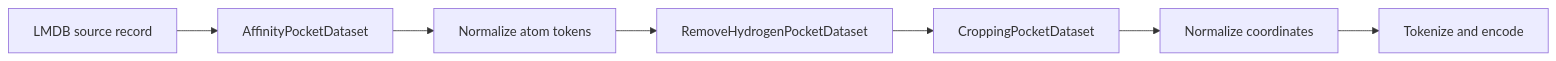
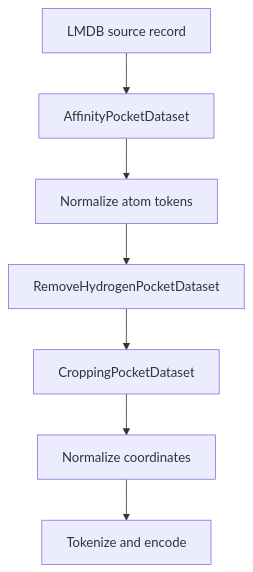
Before and after one commit to fnaufel/candidate_pockets_PDBBind: the first of 4 diagrams in drugclip_combine_set_library.qmd, drawn with Mermaid. The commit also changed other lines of this file and 2 other files, not shown here.

````diff
--- a/drugclip_combine_set_library.qmd
+++ b/drugclip_combine_set_library.qmd
@@ -80,9 +84,9 @@
 ```{mermaid}
-flowchart LR
+flowchart TD
   A[LMDB source record] --> B[AffinityPocketDataset]
   B --> C[Normalize atom tokens]
   C --> D[RemoveHydrogenPocketDataset]
   D --> E[CroppingPocketDataset]
   E --> F[Normalize coordinates]
   F --> G[Tokenize and encode]
 ```
````
